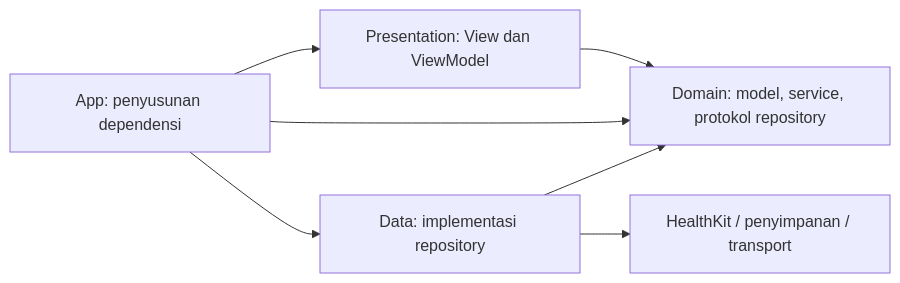
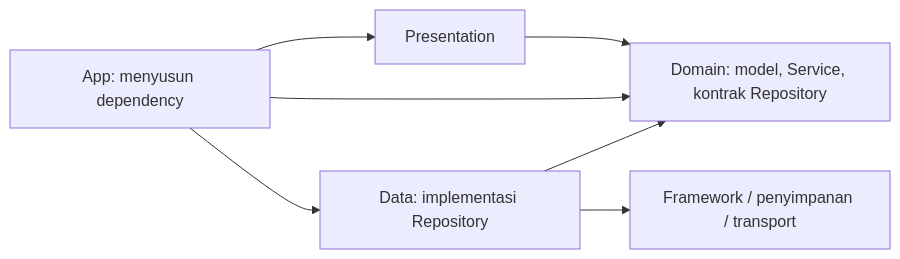
The second of 4 diagrams in .agents/rules/02-architecture.md (fathariq-dimas/KURIN_AGENT), drawn with Mermaid before and after one commit. The commit also changed other lines of this file, not shown here.

Commit message:
refactor: architecture md

````diff
--- a/.agents/rules/02-architecture.md
+++ b/.agents/rules/02-architecture.md
@@ -125,9 +112,9 @@
 ```mermaid
 flowchart LR
-    P["Presentation: View dan ViewModel"] --> D["Domain: model, service, protokol repository"]
-    R["Data: implementasi repository"] --> D
-    R --> F["HealthKit / penyimpanan / transport"]
-    A["App: penyusunan dependensi"] --> P
+    P["Presentation"] --> D["Domain: model, Service, kontrak Repository"]
+    R["Data: implementasi Repository"] --> D
+    R --> F["Framework / penyimpanan / transport"]
+    A["App: menyusun dependency"] --> P
     A --> D
     A --> R
 ```
````
